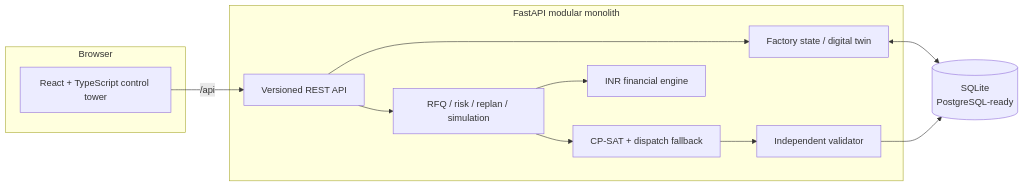
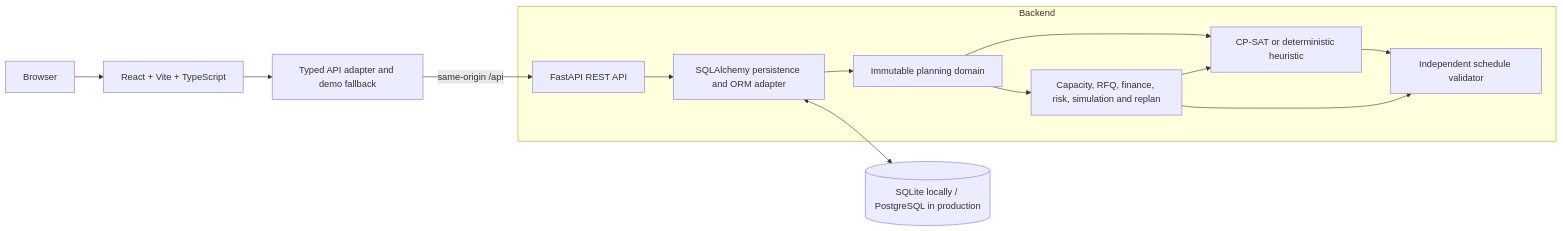
Before and after one commit to rajath0045/SmartForge-AI: the second of 2 diagrams in README.md, drawn with Mermaid. The commit also changed other lines of this file and 12 other files, not shown here.

````diff
--- a/README.md
+++ b/README.md
@@ -47,23 +226,18 @@
 ```mermaid
 flowchart LR
-  subgraph Browser
-    UI[React + TypeScript control tower]
-  end
-  subgraph API[FastAPI modular monolith]
-    REST[Versioned REST API]
-    DIGITAL[Factory state / digital twin]
-    SCHED[CP-SAT + dispatch fallback]
-    VALID[Independent validator]
-    DECIDE[RFQ / risk / replan / simulation]
-    MONEY[INR financial engine]
-  end
-  DB[(SQLite\nPostgreSQL-ready)]
+    Browser[Browser] --> UI[React + Vite + TypeScript]
+    UI --> Adapter[Typed API adapter and demo fallback]
+    Adapter -->|same-origin /api| REST[FastAPI REST API]
 
-  UI -->|/api| REST
-  REST --> DIGITAL
-  REST --> DECIDE
-  DECIDE --> SCHED --> VALID
-  DECIDE --> MONEY
-  DIGITAL <--> DB
-  VALID --> DB
+    subgraph Backend
+      REST --> ORM[SQLAlchemy persistence and ORM adapter]
+      ORM --> Domain[Immutable planning domain]
+      Domain --> Scheduler[CP-SAT or deterministic heuristic]
+      Scheduler --> Validator[Independent schedule validator]
+      Domain --> Services[Capacity, RFQ, finance, risk, simulation and replan]
+      Services --> Scheduler
+      Services --> Validator
+    end
+
+    ORM <--> DB[(SQLite locally / PostgreSQL in production)]
 ```
````
